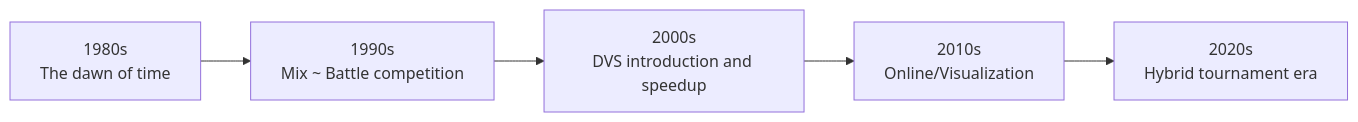
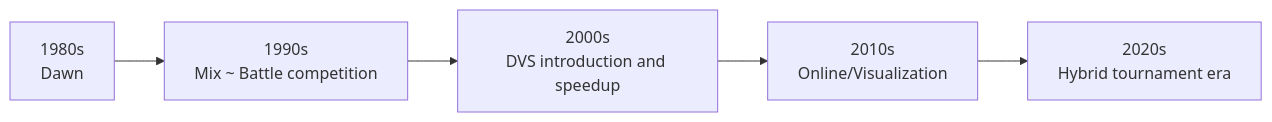
One commit to monumental-movement/monumental-movement.github.io changed the third of 9 diagrams in en/_posts/2025-11-23-column-dmc-world-dj-championship.md. Above: the diagram before and after it, drawn with Mermaid. The commit also changed other lines of this file and 252 other files, not shown here.

```diff
--- a/en/_posts/2025-11-23-column-dmc-world-dj-championship.md
+++ b/en/_posts/2025-11-23-column-dmc-world-dj-championship.md
@@ -289,7 +289,7 @@
 <div class="mermaid">
 flowchart LR
-    A[1980s<br>The dawn of time] --> B[1990s<br>Mix ~ Battle competition]
+    A[1980s<br>Dawn] --> B[1990s<br>Mix ~ Battle competition]
     B --> C[2000s<br>DVS introduction and speedup]
     C --> D[2010s<br>Online/Visualization]
     D --> E[2020s<br>Hybrid tournament era]
 </div>
```
